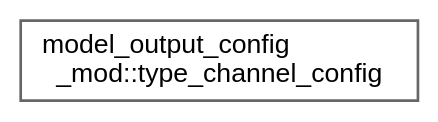
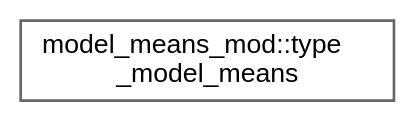
The diagram in release/v4.0-beta/inherit_graph_43.dot (mayhl/FUNWAVE-TVD), drawn with Graphviz before and after one commit. The commit also changed 52 other files, not shown here.

```diff
--- a/release/v4.0-beta/inherit_graph_43.dot
+++ b/release/v4.0-beta/inherit_graph_43.dot
@@ -1,9 +1,9 @@
 digraph "Graphical Class Hierarchy"
 {
  // LATEX_PDF_SIZE
   bgcolor="transparent";
   edge [fontname=Helvetica,fontsize=10,labelfontname=Helvetica,labelfontsize=10];
   node [fontname=Helvetica,fontsize=10,shape=box,height=0.2,width=0.4];
   rankdir="LR";
-  Node0 [id="Node000000",label="model_output_config\l_mod::type_channel_config",height=0.2,width=0.4,color="grey40", fillcolor="white", style="filled",URL="$structmodel__output__config__mod_1_1type__channel__config.html",tooltip=" "];
+  Node0 [id="Node000000",label="model_means_mod::type\l_model_means",height=0.2,width=0.4,color="grey40", fillcolor="white", style="filled",URL="$structmodel__means__mod_1_1type__model__means.html",tooltip=" "];
 }
```
